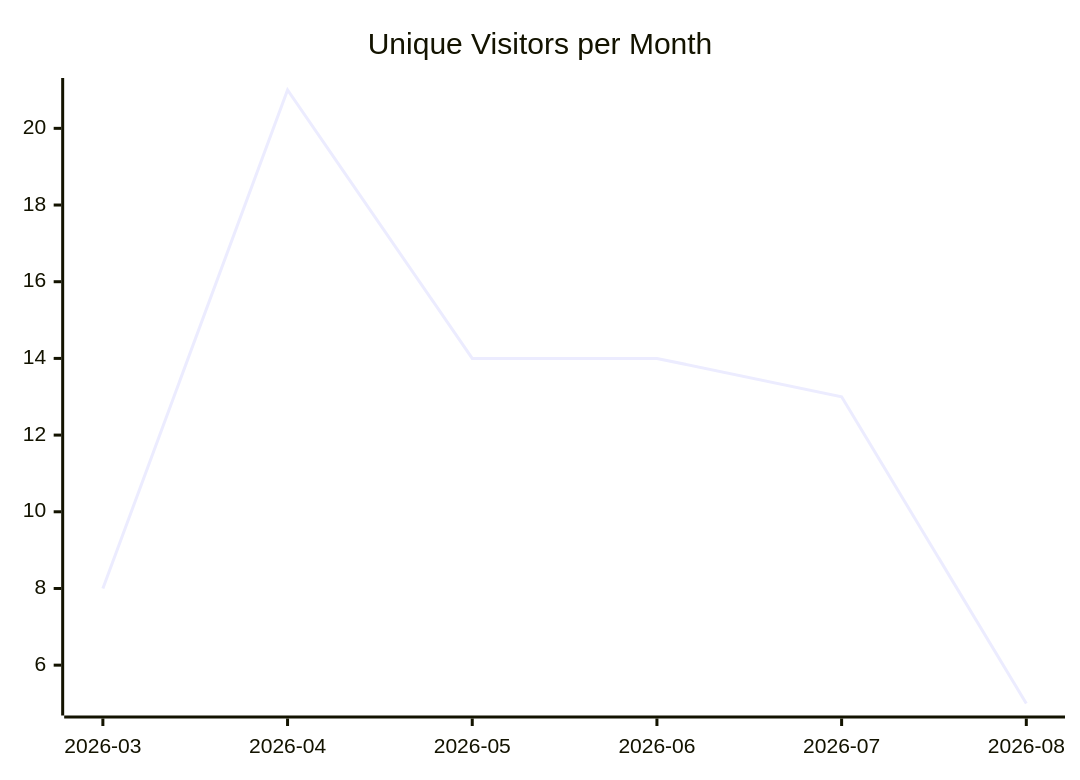
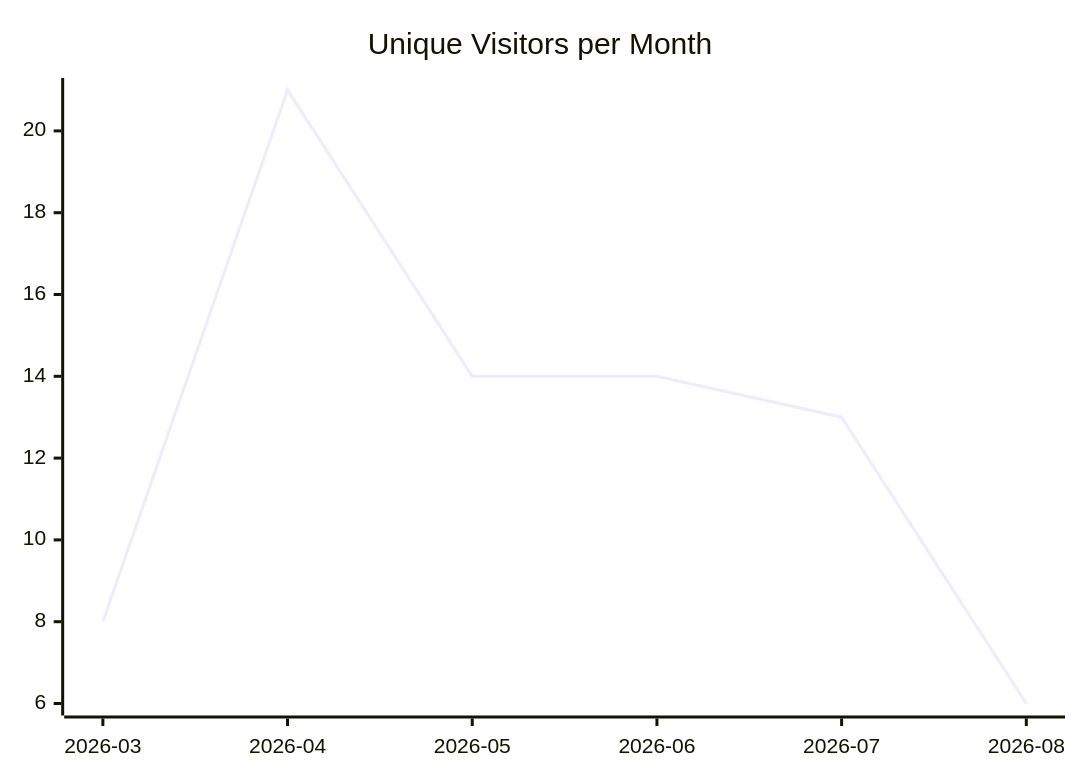
One commit to justdavis-family/github-analytics-data changed the first of 3 diagrams in karlmdavis/ksoap2-android/README.md. Above: the diagram before and after it, drawn with Mermaid. The commit also changed other lines of this file and 176 other files, not shown here.

````diff
--- a/karlmdavis/ksoap2-android/README.md
+++ b/karlmdavis/ksoap2-android/README.md
@@ -5,6 +5,6 @@
 ```mermaid
 xychart-beta
   title "Unique Visitors per Month"
   x-axis ["2026-03", "2026-04", "2026-05", "2026-06", "2026-07", "2026-08"]
-  line [8, 21, 14, 14, 13, 5]
+  line [8, 21, 14, 14, 13, 6]
 ```
````
